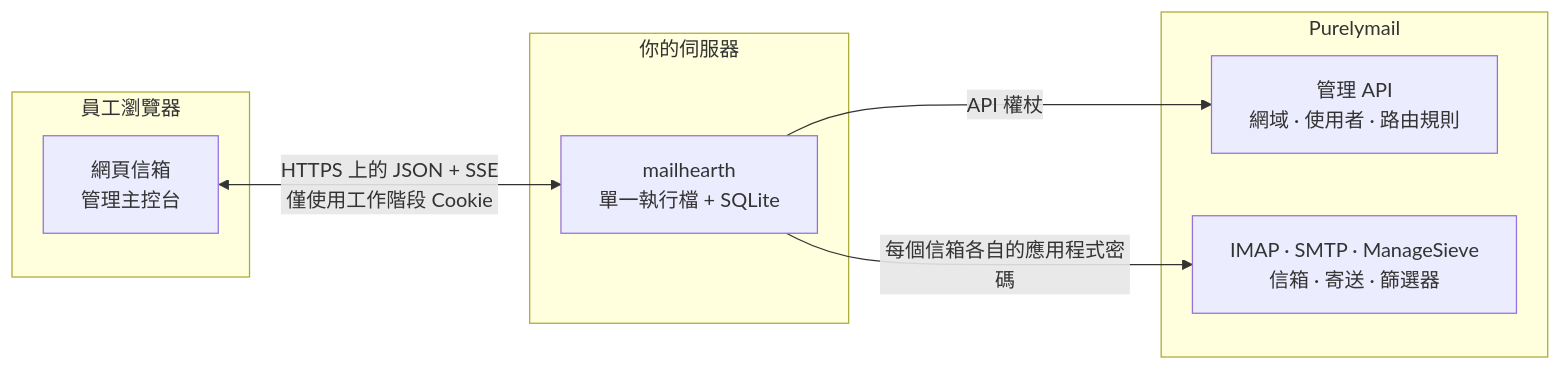
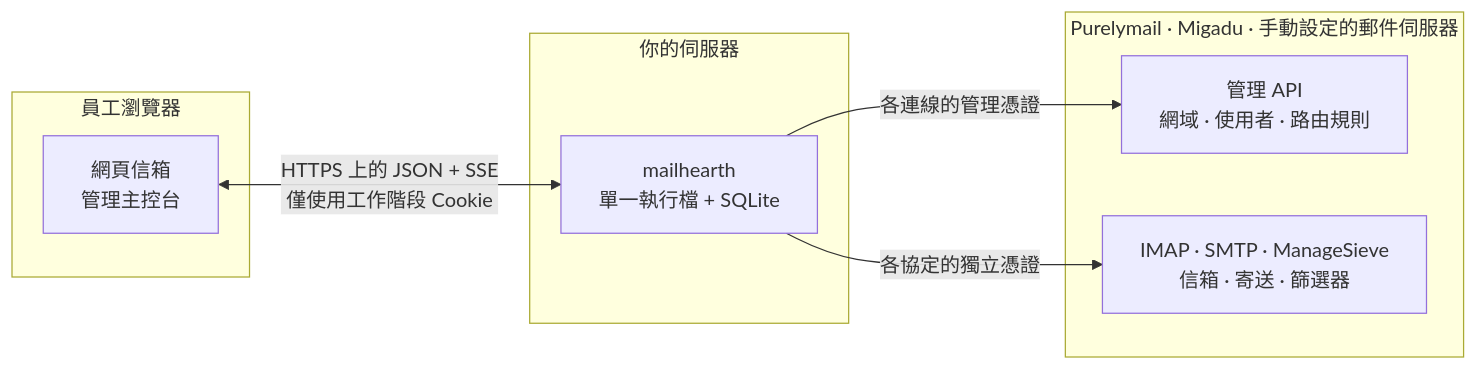
Before and after one commit to yll682/Mailhearth: the diagram in README.zh-TW.md, drawn with Mermaid. The commit also changed other lines of this file and 184 other files, not shown here.

````diff
--- a/README.zh-TW.md
+++ b/README.zh-TW.md
@@ -14,17 +12,17 @@
 ```mermaid
 flowchart LR
     subgraph browser["員工瀏覽器"]
         SPA["網頁信箱<br/>管理主控台"]
     end
     subgraph host["你的伺服器"]
         APP["mailhearth<br/>單一執行檔 + SQLite"]
     end
-    subgraph pm["Purelymail"]
+    subgraph pm["Purelymail · Migadu · 手動設定的郵件伺服器"]
         API["管理 API<br/>網域 · 使用者 · 路由規則"]
         MAIL["IMAP · SMTP · ManageSieve<br/>信箱 · 寄送 · 篩選器"]
     end
 
     SPA <-->|"HTTPS 上的 JSON + SSE<br/>僅使用工作階段 Cookie"| APP
-    APP -->|"API 權杖"| API
-    APP -->|"每個信箱各自的應用程式密碼"| MAIL
+    APP -->|"各連線的管理憑證"| API
+    APP -->|"各協定的獨立憑證"| MAIL
 ```
````
